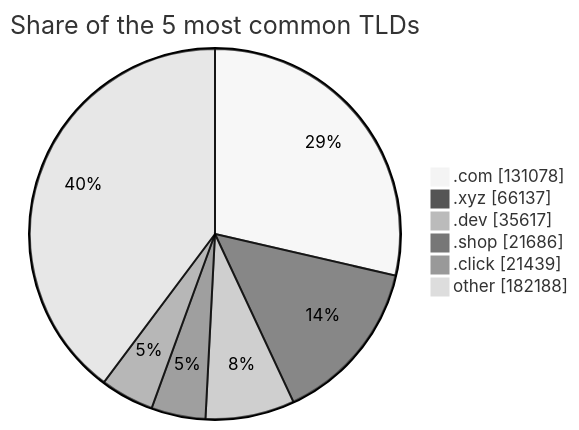
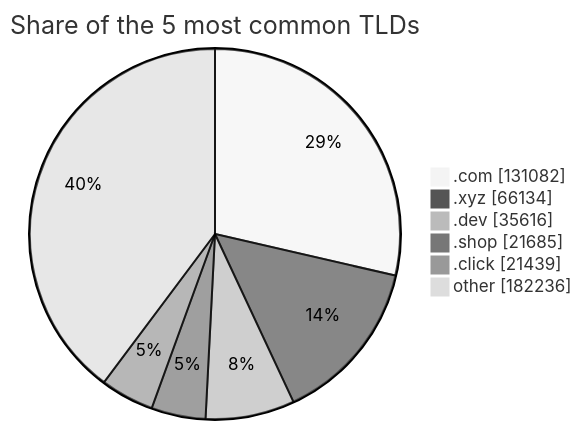
Before and after one commit to DNSBunker/CTI: the third of 3 diagrams in README.md, drawn with Mermaid (neutral theme). The commit also changed other lines of this file and 3 other files, not shown here.

````diff
--- a/README.md
+++ b/README.md
@@ -81,9 +81,9 @@
 ```mermaid
 pie showData title Share of the 5 most common TLDs
-    ".com" : 131078
-    ".xyz" : 66137
-    ".dev" : 35617
-    ".shop" : 21686
+    ".com" : 131082
+    ".xyz" : 66134
+    ".dev" : 35616
+    ".shop" : 21685
     ".click" : 21439
-    "other" : 182188
+    "other" : 182236
 ```
````
